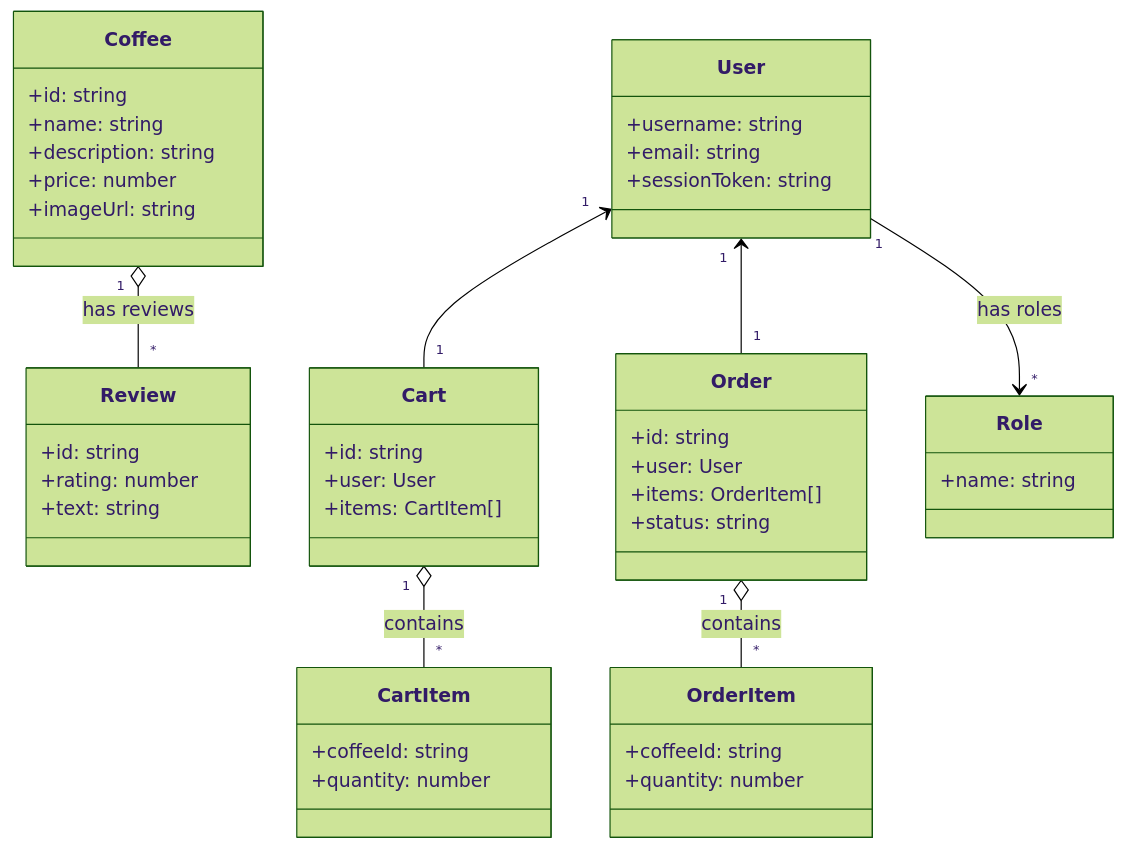
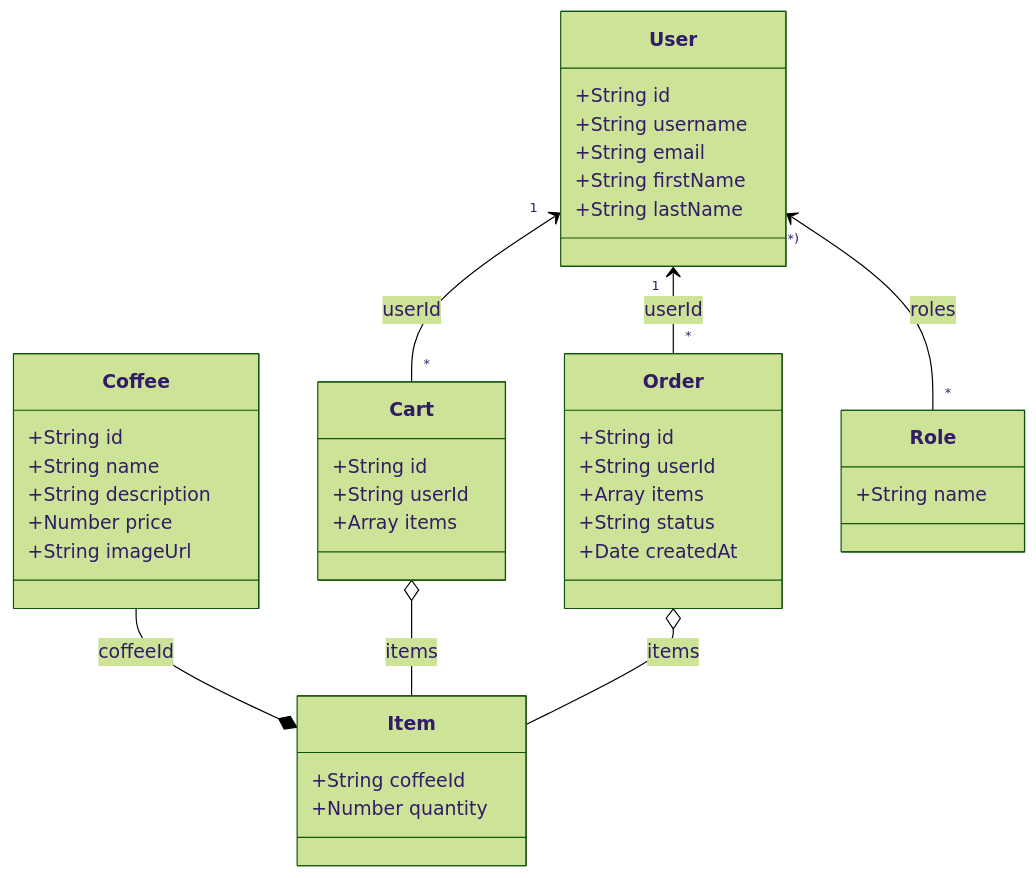
Before and after one commit to Nishu2000-hub/MyBlog: the first of 3 diagrams in README.md, drawn with Mermaid (forest theme).

````diff
--- a/README.md
+++ b/README.md
@@ -2,55 +2,49 @@
 ```mermaid
 classDiagram
-    %% Feature 3: Core Domain (Component Architecture)
+    %% Feature 3: Basic Coffee model
     class Coffee {
-      +id: string
-      +name: string
-      +description: string
-      +price: number
-      +imageUrl: string
+      +String id
+      +String name
+      +String description
+      +Number price
+      +String imageUrl
     }
-    class Review {
-      +id: string
-      +rating: number
-      +text: string
+
+    %% Feature 4: Add Cart & Order
+    class Item {
+      +String coffeeId
+      +Number quantity
     }
-    Coffee "1" o-- "*" Review : has reviews
+    class Cart {
+      +String id
+      +String userId
+      +Array<Item> items
+    }
+    class Order {
+      +String id
+      +String userId
+      +Array<Item> items
+      +String status
+      +Date createdAt
+    }
 
-    %% Feature 4: Cart Functionality (Routing & Parsing)
-    class Cart {
-      +id: string
-      +user: User
-      +items: CartItem[]
-    }
-    class CartItem {
-      +coffeeId: string
-      +quantity: number
-    }
-    Cart "1" o-- "*" CartItem : contains
-
-    %% Feature 5: Orders & Authentication
-    class Order {
-      +id: string
-      +user: User
-      +items: OrderItem[]
-      +status: string
-    }
-    class OrderItem {
-      +coffeeId: string
-      +quantity: number
-    }
-    Order "1" o-- "*" OrderItem : contains
-
-    %% User & Roles (Auth)
+    %% Feature 5: Add Auth (User & Role)
     class User {
-      +username: string
-      +email: string
-      +sessionToken: string
+      +String id
+      +String username
+      +String email
+      +String firstName
+      +String lastName
     }
     class Role {
-      +name: string
+      +String name
     }
-    User "1" <-- "1" Cart
-    User "1" <-- "1" Order
-    User "1" --> "*" Role : has roles
+
+    %% Relationships
+    Coffee --* Item         : coffeeId
+    Cart o-- Item           : items
+    Order o-- Item          : items
+    User "1" <-- "*" Cart   : userId
+    User "1" <-- "*" Order  : userId
+    User "*)" <-- "*" Role  : roles
 ```
````
